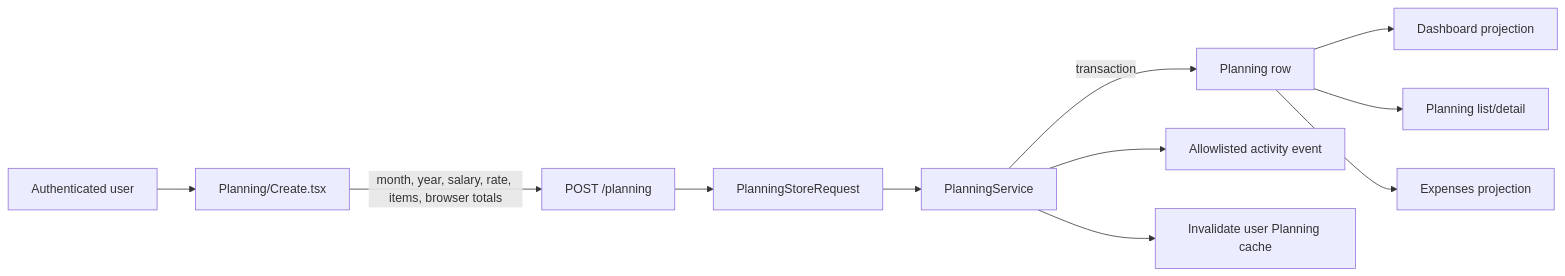
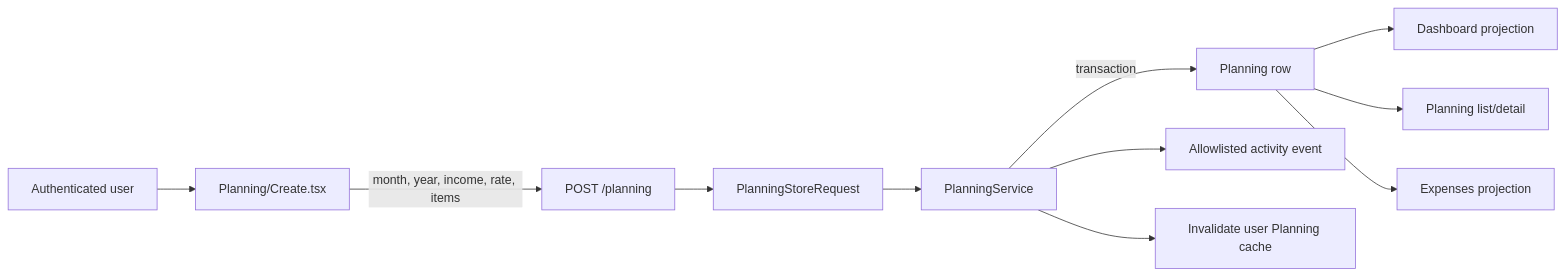
Before and after one commit to lurzar/expenses-app: the diagram in docs/domain/expense-planning.md, drawn with Mermaid. The commit also changed other lines of this file and 33 other files, not shown here.

````diff
--- a/docs/domain/expense-planning.md
+++ b/docs/domain/expense-planning.md
@@ -33,13 +33,13 @@
 ```mermaid
 flowchart LR
     U["Authenticated user"] --> C["Planning/Create.tsx"]
-    C -->|"month, year, salary, rate, items, browser totals"| R["POST /planning"]
+    C -->|"month, year, income, rate, items"| R["POST /planning"]
     R --> V["PlanningStoreRequest"]
     V --> S["PlanningService"]
     S -->|"transaction"| P["Planning row"]
     S --> A["Allowlisted activity event"]
     S --> K["Invalidate user Planning cache"]
     P --> D["Dashboard projection"]
     P --> L["Planning list/detail"]
     P --> E["Expenses projection"]
 ```
````
